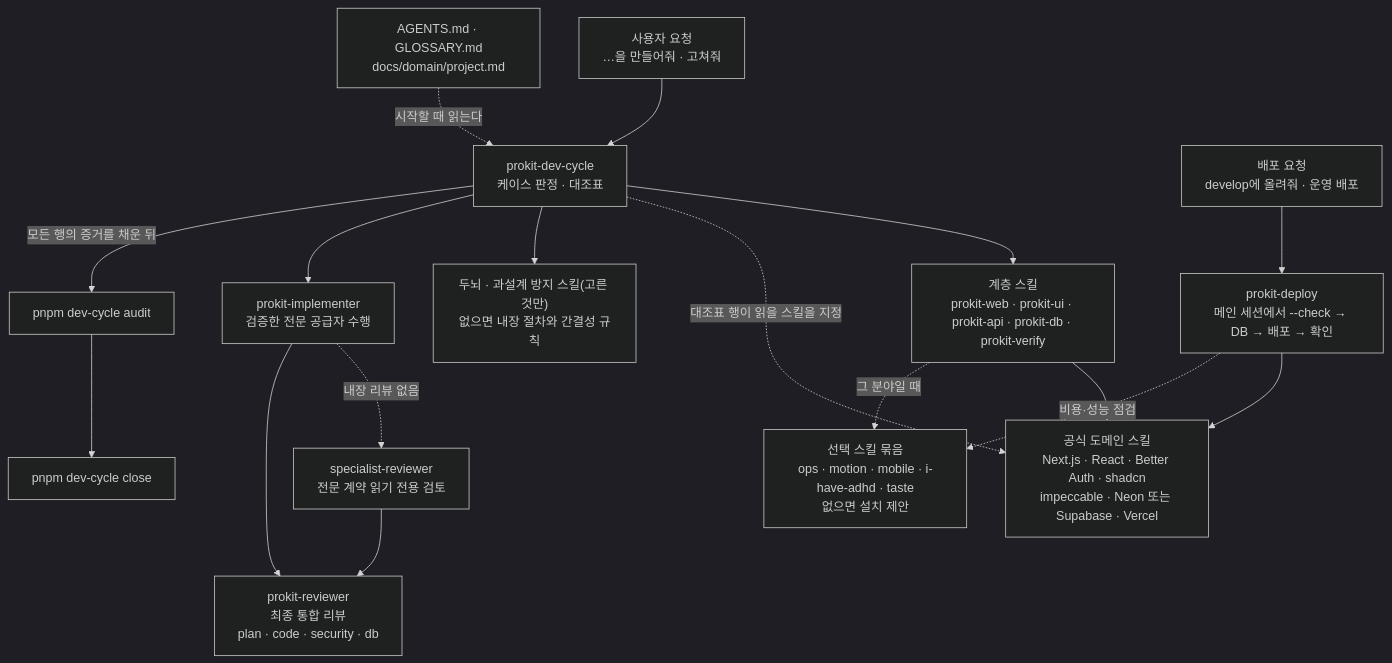
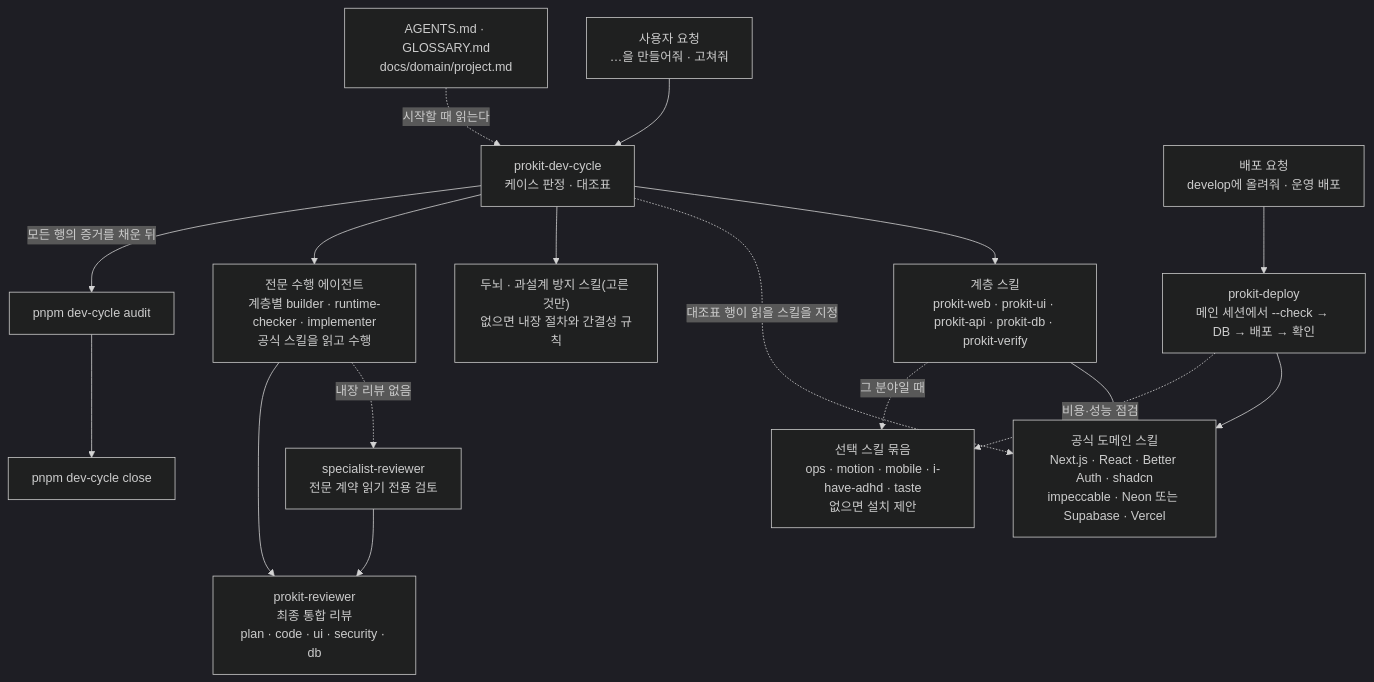
Before and after one commit to roadkwon-ai/pro-kit: the diagram in handbook/concepts/harness.md, drawn with Mermaid (dark theme). The commit also changed other lines of this file and 112 other files, not shown here.

````diff
--- a/handbook/concepts/harness.md
+++ b/handbook/concepts/harness.md
@@ -48,19 +48,19 @@
 ```mermaid
 flowchart TD
   REQ["사용자 요청<br/>…을 만들어줘 · 고쳐줘"] --> DC["prokit-dev-cycle<br/>케이스 판정 · 대조표"]
   RULES["AGENTS.md · GLOSSARY.md<br/>docs/domain/project.md"] -.->|시작할 때 읽는다| DC
   DC --> LAYER["계층 스킬<br/>prokit-web · prokit-ui · prokit-api · prokit-db · prokit-verify"]
   LAYER --> OFF["공식 도메인 스킬<br/>Next.js · React · Better Auth · shadcn<br/>impeccable · Neon 또는 Supabase · Vercel"]
   DC -.->|대조표 행이 읽을 스킬을 지정| OFF
   DREQ["배포 요청<br/>develop에 올려줘 · 운영 배포"] --> DEP["prokit-deploy<br/>메인 세션에서 --check → DB → 배포 → 확인"]
   DEP --> OFF
   LAYER -.->|그 분야일 때| OPT["선택 스킬 묶음<br/>ops · motion · mobile · i-have-adhd · taste<br/>없으면 설치 제안"]
   DEP -.->|비용·성능 점검| OPT
   DC --> PROC["두뇌 · 과설계 방지 스킬(고른 것만)<br/>없으면 내장 절차와 간결성 규칙"]
-  DC --> IMP["prokit-implementer<br/>검증한 전문 공급자 수행"]
+  DC --> IMP["전문 수행 에이전트<br/>계층별 builder · runtime-checker · implementer<br/>공식 스킬을 읽고 수행"]
   IMP -.->|내장 리뷰 없음| SREV["specialist-reviewer<br/>전문 계약 읽기 전용 검토"]
-  IMP --> REV["prokit-reviewer<br/>최종 통합 리뷰<br/>plan · code · security · db"]
+  IMP --> REV["prokit-reviewer<br/>최종 통합 리뷰<br/>plan · code · ui · security · db"]
   SREV --> REV
   DC -->|모든 행의 증거를 채운 뒤| AUD["pnpm dev-cycle audit"]
   AUD --> CLOSE["pnpm dev-cycle close"]
 ```
````
